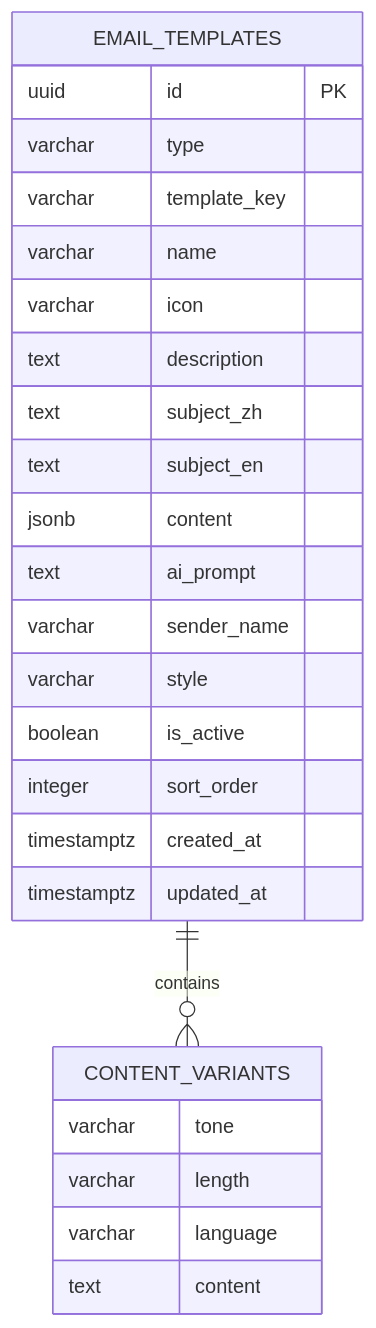
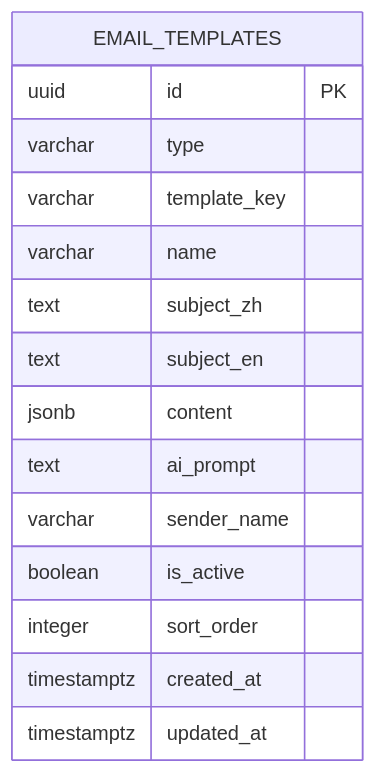
One commit to SY6621/POD-Order-Management changed the third of 8 diagrams in .qoder/repowiki/zh/content/开发指南/邮件模板管理系统.md. Above: the diagram before and after it, drawn with Mermaid. The commit also changed other lines of this file and 7 other files, not shown here.

````diff
--- a/.qoder/repowiki/zh/content/开发指南/邮件模板管理系统.md
+++ b/.qoder/repowiki/zh/content/开发指南/邮件模板管理系统.md
@@ -185,28 +135,18 @@
 ```mermaid
 erDiagram
 EMAIL_TEMPLATES {
 uuid id PK
 varchar type
 varchar template_key
 varchar name
-varchar icon
-text description
 text subject_zh
 text subject_en
 jsonb content
 text ai_prompt
 varchar sender_name
-varchar style
 boolean is_active
 integer sort_order
 timestamptz created_at
 timestamptz updated_at
 }
-CONTENT_VARIANTS {
-varchar tone
-varchar length
-varchar language
-text content
-}
-EMAIL_TEMPLATES ||--o{ CONTENT_VARIANTS : contains
 ```
````
